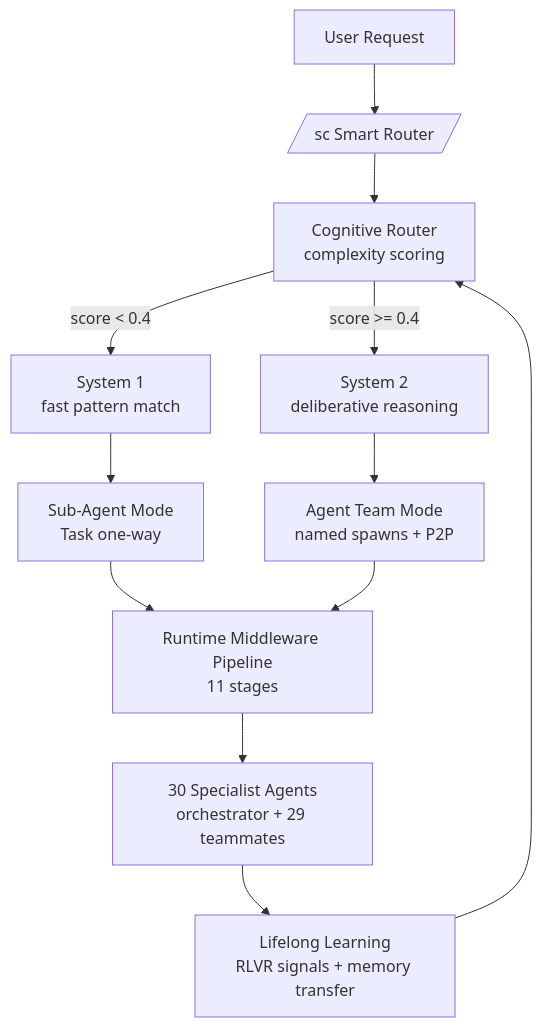
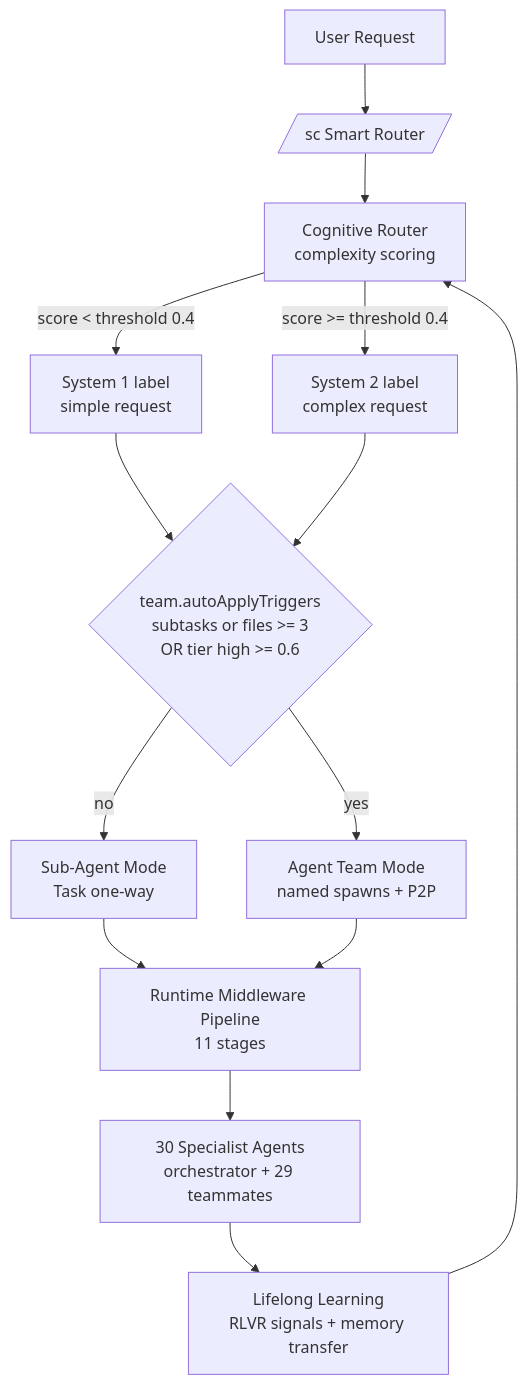
Before and after one commit to Yoodaddy0311/artibot: the diagram in plugins/artibot/README.md, drawn with Mermaid. The commit also changed other lines of this file and 4 other files, not shown here.

````diff
--- a/plugins/artibot/README.md
+++ b/plugins/artibot/README.md
@@ -72,14 +76,16 @@
 ```mermaid
 flowchart TD
     U[User Request] --> SC[/sc Smart Router/]
     SC --> CR[Cognitive Router<br/>complexity scoring]
-    CR -->|score &lt; 0.4| S1[System 1<br/>fast pattern match]
-    CR -->|score &gt;= 0.4| S2[System 2<br/>deliberative reasoning]
-    S1 --> SUB[Sub-Agent Mode<br/>Task one-way]
-    S2 --> TM[Agent Team Mode<br/>named spawns + P2P]
+    CR -->|score &lt; threshold 0.4| S1[System 1 label<br/>simple request]
+    CR -->|score &gt;= threshold 0.4| S2[System 2 label<br/>complex request]
+    S1 --> TT{team.autoApplyTriggers<br/>subtasks or files &gt;= 3<br/>OR tier high &gt;= 0.6}
+    S2 --> TT
+    TT -->|no| SUB[Sub-Agent Mode<br/>Task one-way]
+    TT -->|yes| TM[Agent Team Mode<br/>named spawns + P2P]
     SUB --> RT[Runtime Middleware Pipeline<br/>11 stages]
     TM --> RT
     RT --> AG[30 Specialist Agents<br/>orchestrator + 29 teammates]
     AG --> LL[Lifelong Learning<br/>RLVR signals + memory transfer]
     LL --> CR
 ```
````
